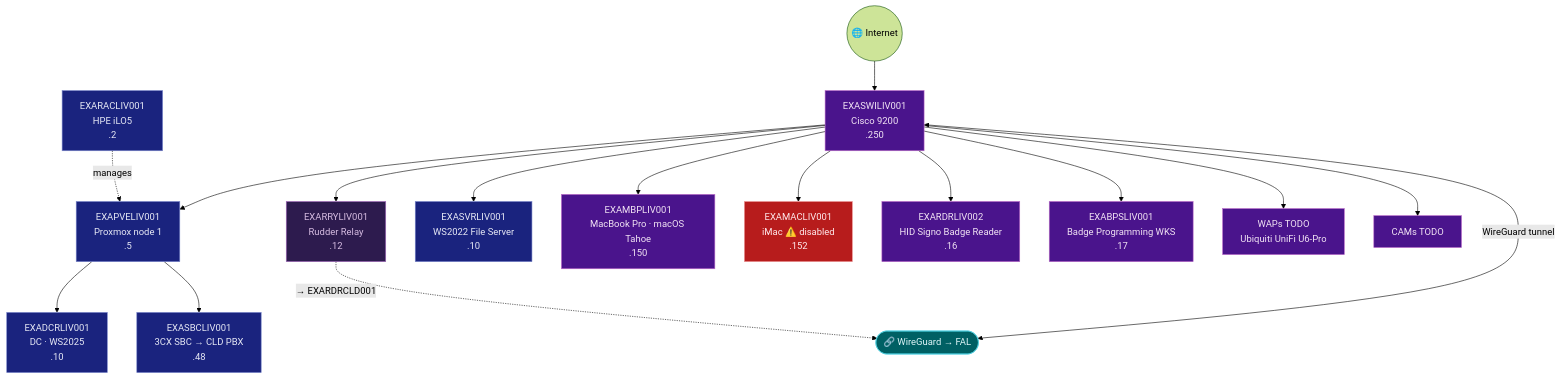
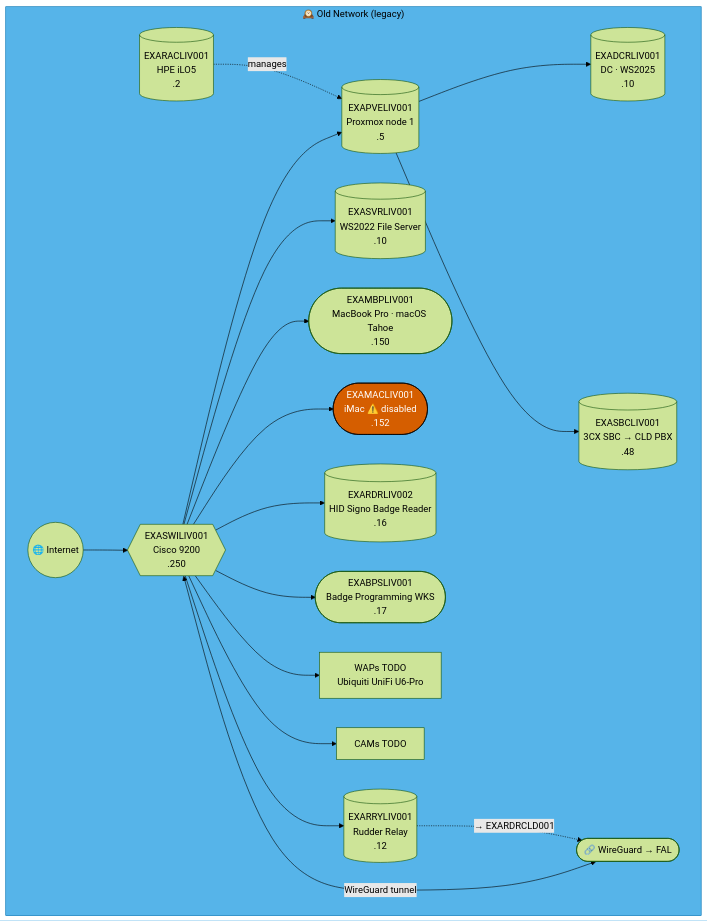
Diagram 12 of 47 in docs/network-diagram.md (knightmare2600/example_music_infra), drawn with Mermaid (forest theme) before and after one commit. The commit also changed other lines of this file and 2 other files, not shown here.

````diff
--- a/docs/network-diagram.md
+++ b/docs/network-diagram.md
@@ -686,39 +645,32 @@
 ```mermaid
 graph TD
-    INET(("🌐 Internet"))
-    SW["EXASWILIV001<br/>Cisco 9200<br/>.250"]
-    RAC["EXARACLIV001<br/>HPE iLO5<br/>.2"]
-    PVE["EXAPVELIV001<br/>Proxmox node 1<br/>.5"]
-    DC["EXADCRLIV001<br/>DC · WS2025<br/>.10"]
-    SBC["EXASBCLIV001<br/>3CX SBC → CLD PBX<br/>.48"]
-    RRY["EXARRYLIV001<br/>Rudder Relay<br/>.12"]
-    SRV["EXASVRLIV001<br/>WS2022 File Server<br/>.10"]
-    MBP["EXAMBPLIV001<br/>MacBook Pro · macOS Tahoe<br/>.150"]
-    MAC["EXAMACLIV001<br/>iMac ⚠️ disabled<br/>.152"]
-    RDR["EXARDRLIV002<br/>HID Signo Badge Reader<br/>.16"]
-    BPS["EXABPSLIV001<br/>Badge Programming WKS<br/>.17"]
-    WAP["WAPs TODO<br/>Ubiquiti UniFi U6-Pro"]
-    CAM["CAMs TODO"]
-    VPN(["🔗 WireGuard → FAL"])
+    subgraph OLD_LIV ["🕰️ Old Network (legacy)"]
+      INET(("🌐 Internet"))
+      SW{{"EXASWILIV001<br/>Cisco 9200<br/>.250"}}
+      RAC[("EXARACLIV001<br/>HPE iLO5<br/>.2")]
+      PVE[("EXAPVELIV001<br/>Proxmox node 1<br/>.5")]
+      DC[("EXADCRLIV001<br/>DC · WS2025<br/>.10")]
+      SBC[("EXASBCLIV001<br/>3CX SBC → CLD PBX<br/>.48")]
+      RRY[("EXARRYLIV001<br/>Rudder Relay<br/>.12")]
+      SRV[("EXASVRLIV001<br/>WS2022 File Server<br/>.10")]
+      MBP(["EXAMBPLIV001<br/>MacBook Pro · macOS Tahoe<br/>.150"])
+      MAC(["EXAMACLIV001<br/>iMac ⚠️ disabled<br/>.152"])
+      RDR[("EXARDRLIV002<br/>HID Signo Badge Reader<br/>.16")]
+      BPS(["EXABPSLIV001<br/>Badge Programming WKS<br/>.17"])
+      WAP["WAPs TODO<br/>Ubiquiti UniFi U6-Pro"]
+      CAM["CAMs TODO"]
+      VPN(["🔗 WireGuard → FAL"])
 
-    INET --> SW
-    SW --> PVE --> DC & SBC
-    RAC -.->|"manages"| PVE
-    SW --> SRV & MBP & MAC & RDR & BPS & WAP & CAM
-    SW <-->|"WireGuard tunnel"| VPN
+      INET --> SW
+      SW --> PVE --> DC & SBC
+      RAC -.->|"manages"| PVE
+      SW --> SRV & MBP & MAC & RDR & BPS & WAP & CAM
+      SW <-->|"WireGuard tunnel"| VPN
 
-    SW --> RRY
-    RRY -. "→ EXARDRCLD001" .-> VPN
-    classDef net fill:#4a148c,stroke:#ba68c8,color:#f3e5f5
-    classDef srv fill:#1a237e,stroke:#7986cb,color:#e8eaf6
-    classDef ep fill:#4a148c,stroke:#ba68c8,color:#f3e5f5
-    classDef warn fill:#b71c1c,stroke:#ef9a9a,color:#ffebee
-    classDef vpn fill:#006064,stroke:#4dd0e1,color:#e0f7fa
-    classDef rudder fill:#2d1b4e,stroke:#a569bd,color:#d7bde2
-    class SW net
-    class PVE,DC,SBC,RAC,SRV srv
-    class RRY rudder
-    class MBP,RDR,BPS,WAP,CAM ep
+      SW --> RRY
+      RRY -. "→ EXARDRCLD001" .-> VPN
+    end
+    style OLD_LIV fill:#56B4E9,stroke:#0072B2,color:#000000
+    classDef warn fill:#D55E00,stroke:#000000,color:#ffffff
     class MAC warn
-    class VPN vpn
 ```
````
